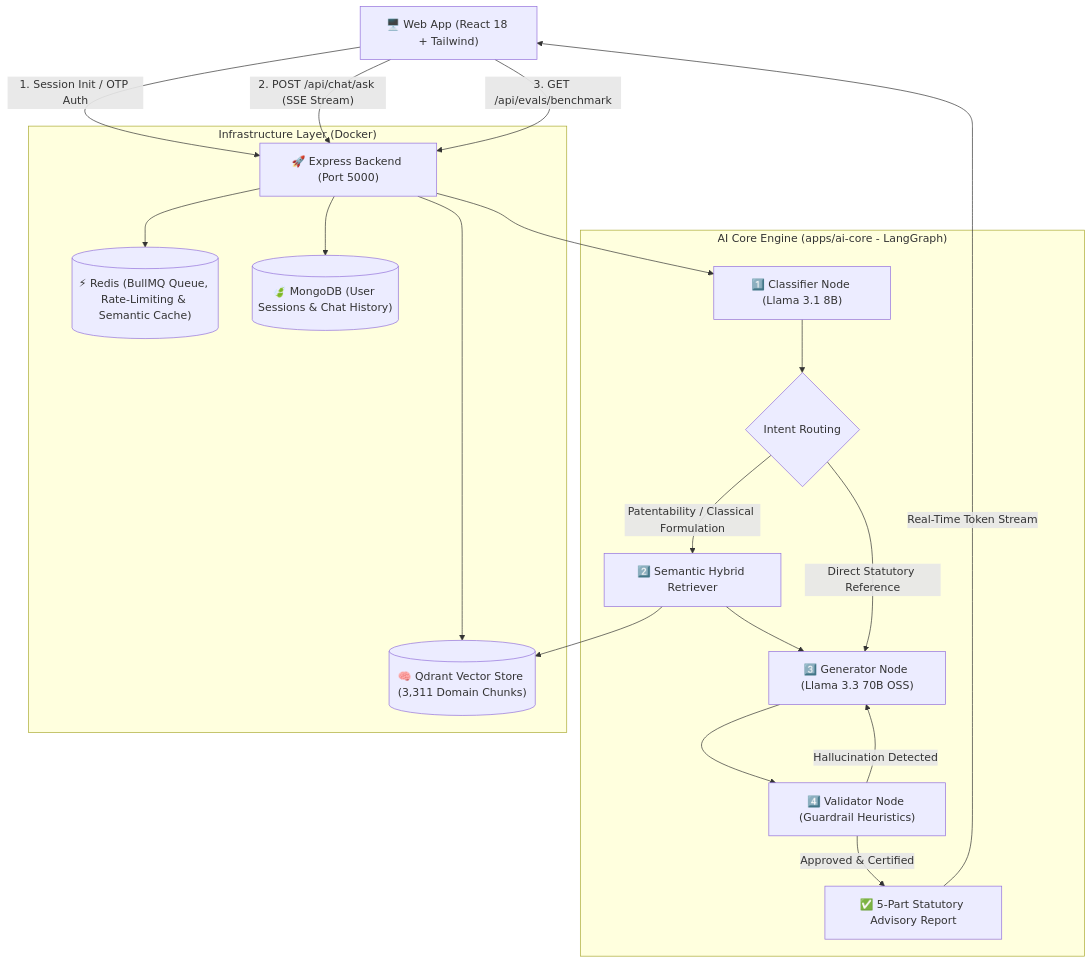
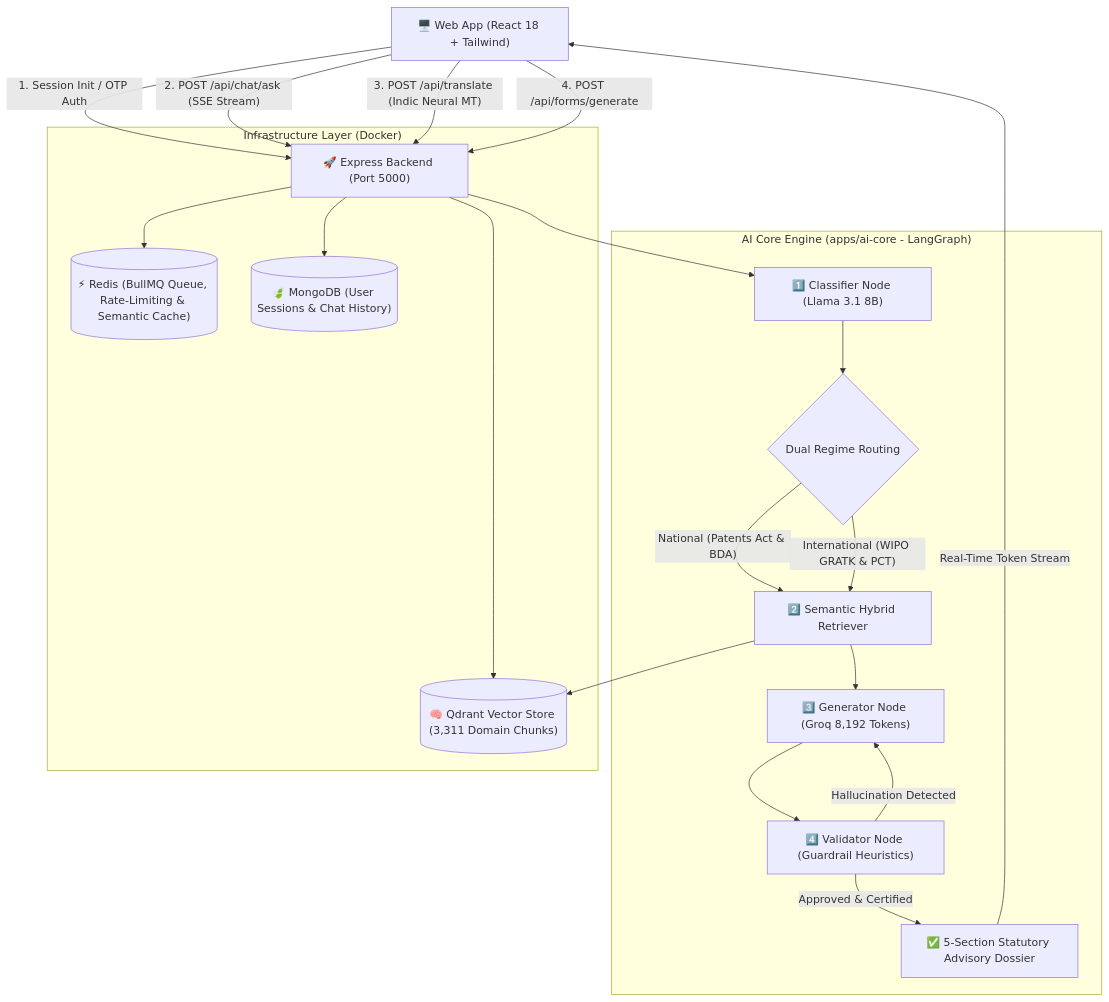
Before and after one commit to Priyanshu-302/SIH-2K26: the diagram in README.md, drawn with Mermaid. The commit also changed other lines of this file and 3 other files, not shown here.

Commit message:
docs: update monorepo and package READMEs with latest technical features and architecture

````diff
--- a/README.md
+++ b/README.md
@@ -40,29 +42,30 @@
 ```mermaid
 graph TD
     Client["🖥️ Web App (React 18 + Tailwind)"] -->|"1. Session Init / OTP Auth"| Backend["🚀 Express Backend (Port 5000)"]
     Client -->|"2. POST /api/chat/ask (SSE Stream)"| Backend
-    Client -->|"3. GET /api/evals/benchmark"| Backend
+    Client -->|"3. POST /api/translate (Indic Neural MT)"| Backend
+    Client -->|"4. POST /api/forms/generate"| Backend
 
     subgraph "Infrastructure Layer (Docker)"
         Backend --> Redis[("⚡ Redis (BullMQ Queue, Rate-Limiting & Semantic Cache)")]
         Backend --> Mongo[("🍃 MongoDB (User Sessions & Chat History)")]
         Backend --> Qdrant[("🧠 Qdrant Vector Store (3,311 Domain Chunks)")]
     end
 
     subgraph "AI Core Engine (apps/ai-core - LangGraph)"
         Backend --> Classifier["1️⃣ Classifier Node (Llama 3.1 8B)"]
-        Classifier --> Router{"Intent Routing"}
+        Classifier --> Router{"Dual Regime Routing"}
         
-        Router -->|"Patentability / Classical Formulation"| Retriever["2️⃣ Semantic Hybrid Retriever"]
-        Router -->|"Direct Statutory Reference"| Generator["3️⃣ Generator Node (Llama 3.3 70B OSS)"]
+        Router -->|"National (Patents Act & BDA)"| Retriever["2️⃣ Semantic Hybrid Retriever"]
+        Router -->|"International (WIPO GRATK & PCT)"| Retriever
         
         Retriever --> Qdrant
-        Retriever --> Generator
+        Retriever --> Generator["3️⃣ Generator Node (Groq 8,192 Tokens)"]
         
         Generator --> Validator["4️⃣ Validator Node (Guardrail Heuristics)"]
         Validator -->|"Hallucination Detected"| Generator
-        Validator -->|"Approved & Certified"| Output["✅ 5-Part Statutory Advisory Report"]
+        Validator -->|"Approved & Certified"| Output["✅ 5-Section Statutory Advisory Dossier"]
     end
 
     Output -->|"Real-Time Token Stream"| Client
 ```
````
